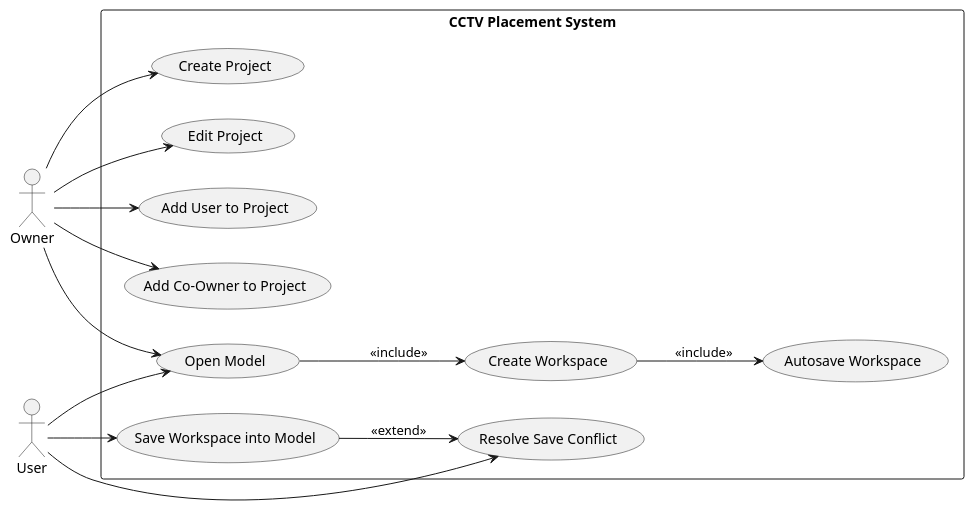
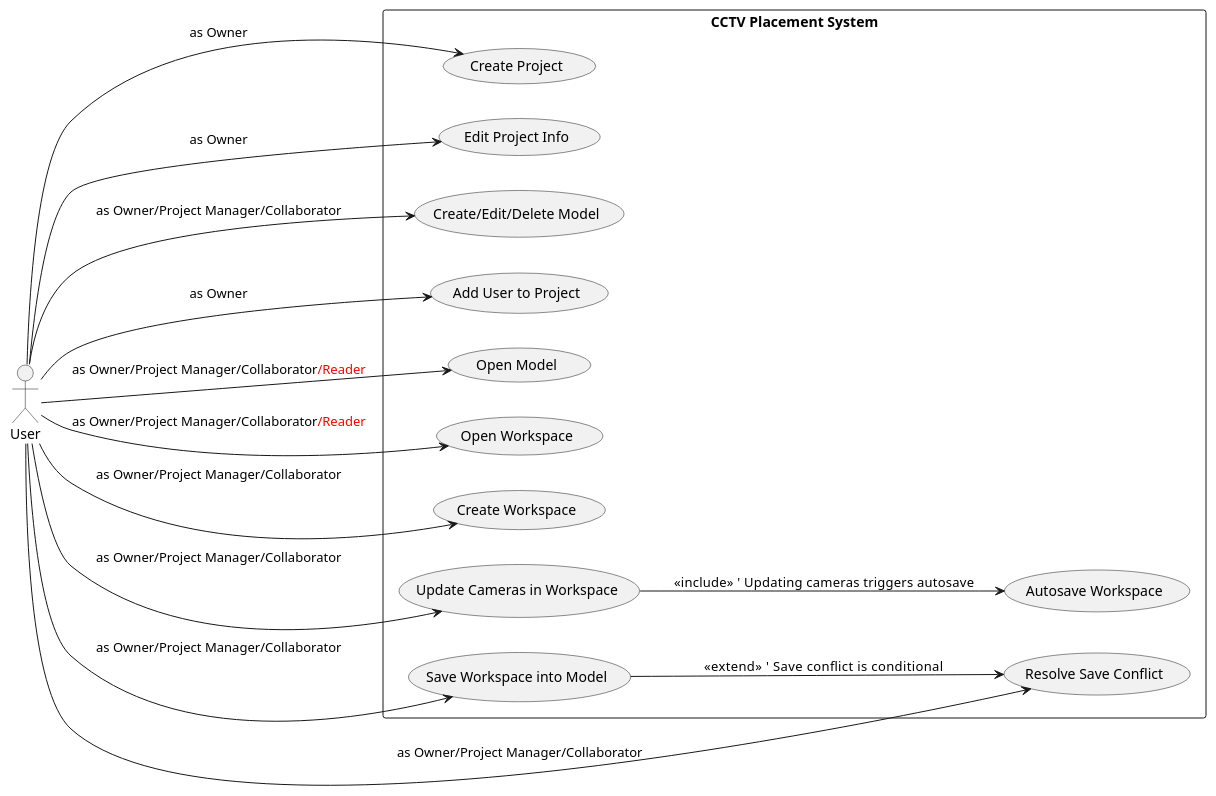
Before and after one commit to Ministry-of-Learning-of-Jura-Kites/OmniCam: the diagram in docs/diagrams/use_case.puml, drawn with PlantUML. The commit also changed 5 other files, not shown here.

Commit message:
update diagrams

```diff
--- a/docs/diagrams/use_case.puml
+++ b/docs/diagrams/use_case.puml
@@ -1,32 +1,39 @@
-@startuml use case diagram
+@startuml OmniCam Usecase Diagram
 left to right direction
-actor Owner
+
 actor User
 
 rectangle "CCTV Placement System" {
-  
+
   usecase "Create Project" as UC1
-  usecase "Edit Project" as UC2
+  usecase "Edit Project Info" as UC2
+  usecase "Create/Edit/Delete Model" as UC12
   usecase "Add User to Project" as UC3
-  usecase "Add Co-Owner to Project" as UC4
-  usecase "Open Model" as UC5
+  usecase "Open Model" as UC4
+  usecase "Open Workspace" as UC5
   usecase "Create Workspace" as UC7
   usecase "Autosave Workspace" as UC8
   usecase "Save Workspace into Model" as UC9
   usecase "Resolve Save Conflict" as UC10
+  usecase "Update Cameras in Workspace" as UC11
 
-  Owner --> UC1
-  Owner --> UC2
-  Owner --> UC3
-  Owner --> UC4
-  Owner --> UC5
-  
-  User --> UC5
-  User --> UC9
-  User --> UC10
-  
-  UC5 --> UC7 : <<include>>
-  UC7 --> UC8 : <<include>>
-  UC9 --> UC10 : <<extend>>
+  ' One actor: User (people can have roles)
+  ' Role permissions modeled inside system
+
+  User --> UC1  : «as Owner»
+  User --> UC2  : «as Owner»
+  User --> UC3  : «as Owner»
+
+  User --> UC4  : «as Owner/Project Manager/Collaborator<color:red>/Reader</color>»
+  User --> UC5  : «as Owner/Project Manager/Collaborator<color:red>/Reader</color>»
+  User --> UC7  : «as Owner/Project Manager/Collaborator»
+  User --> UC9  : «as Owner/Project Manager/Collaborator»
+  User --> UC10 : «as Owner/Project Manager/Collaborator»
+  User --> UC11 : «as Owner/Project Manager/Collaborator»
+  User --> UC12 : «as Owner/Project Manager/Collaborator»
+
+  ' Includes / Extends
+  UC11 --> UC8 : <<include>>    ' Updating cameras triggers autosave
+  UC9 --> UC10 : <<extend>>     ' Save conflict is conditional
 }
 @enduml
```
